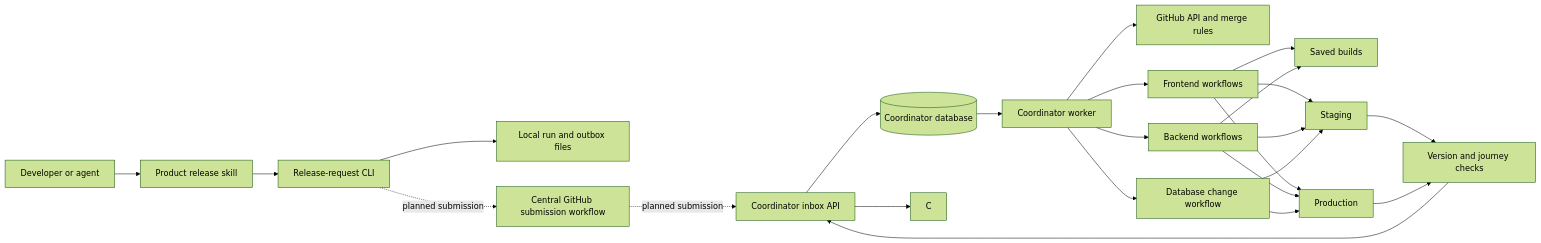
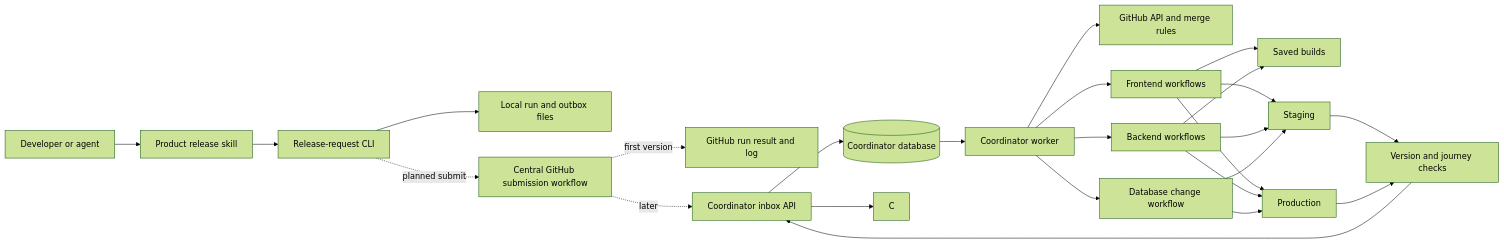
One commit to 6529-Collections/6529-release-coordinator changed the diagram in README.md. Above: the diagram before and after it, drawn with Mermaid (forest theme). The commit also changed other lines of this file and 4 other files, not shown here.

Commit message:
docs: define CLI-managed submission flow

````diff
--- a/README.md
+++ b/README.md
@@ -180,28 +187,29 @@
 ```mermaid
 flowchart LR
     U[Developer or agent] --> S[Product release skill]
     S --> CLI[Release-request CLI]
     CLI --> LOCAL[Local run and outbox files]
-    CLI -. planned submission .-> GHIN[Central GitHub submission workflow]
-    GHIN -. planned submission .-> API[Coordinator inbox API]
+    CLI -. planned submit .-> GHIN[Central GitHub submission workflow]
+    GHIN -. first version .-> LOG[GitHub run result and log]
+    GHIN -. later .-> API[Coordinator inbox API]
     API --> DB[(Coordinator database)]
     DB --> W[Coordinator worker]
 
     W --> GH[GitHub API and merge rules]
     W --> FE[Frontend workflows]
     W --> BE[Backend workflows]
     W --> DBC[Database change workflow]
     FE --> ART[Saved builds]
     BE --> ART
     FE --> STG[Staging]
     BE --> STG
     FE --> PROD[Production]
     BE --> PROD
     DBC --> STG
     DBC --> PROD
 
     STG --> E2E[Version and journey checks]
     PROD --> E2E
     E2E --> API
     API --> C
 ```
````
